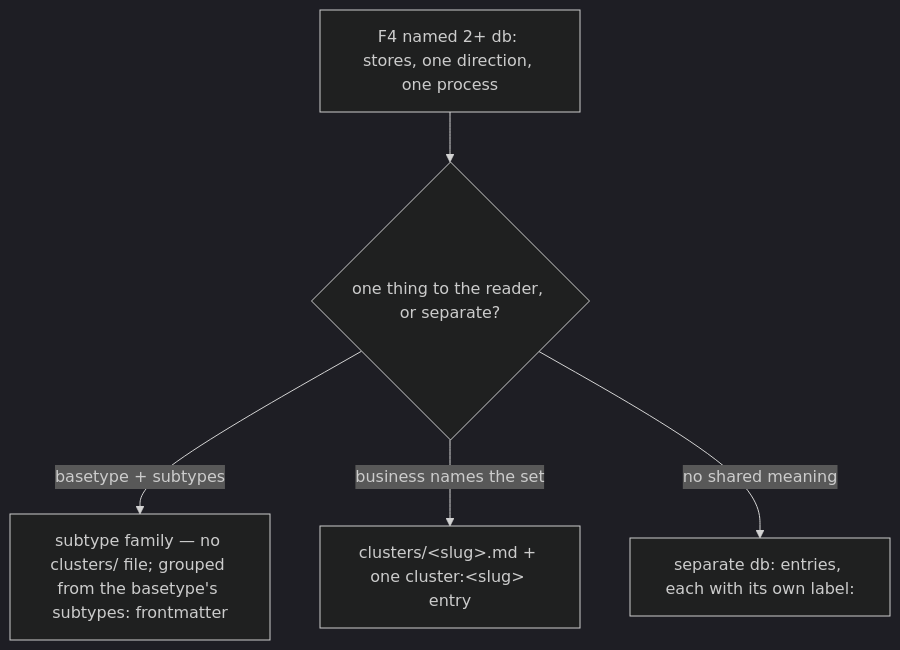
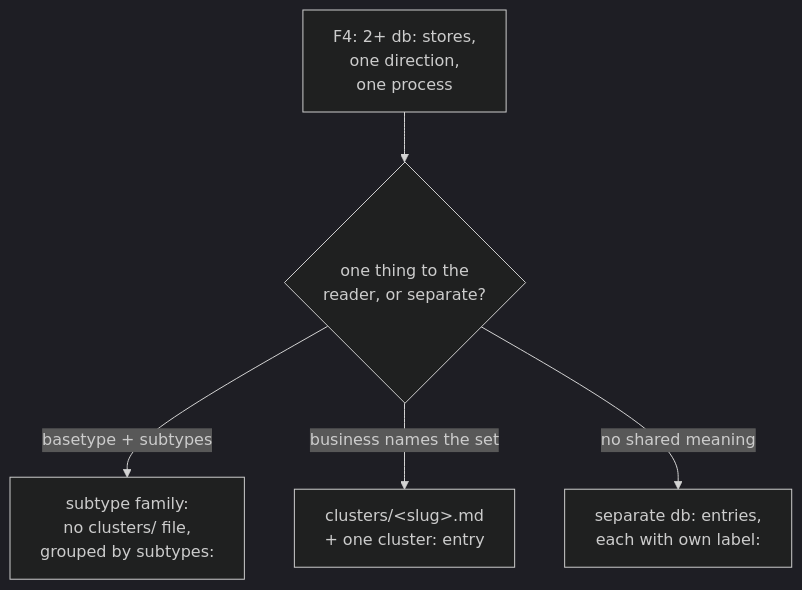
One commit to noormdev/ignatius changed the second of 4 diagrams in docs/wiki/skill.md. Above: the diagram before and after it, drawn with Mermaid (dark theme). The commit also changed other lines of this file and 86 other files, not shown here.

````diff
--- a/docs/wiki/skill.md
+++ b/docs/wiki/skill.md
@@ -47,7 +45,7 @@
 ```mermaid
 flowchart TD
-    A["F4 named 2+ db: stores, one direction, one process"] --> B{"one thing to the reader, or separate?"}
-    B -->|"basetype + subtypes"| C["subtype family — no clusters/ file; grouped from the basetype's subtypes: frontmatter"]
-    B -->|"business names the set"| D["clusters/&lt;slug&gt;.md + one cluster:&lt;slug&gt; entry"]
-    B -->|"no shared meaning"| E["separate db: entries, each with its own label:"]
+    A["F4: 2+ db: stores,<br/>one direction,<br/>one process"] --> B{"one thing to the<br/>reader, or separate?"}
+    B -->|"basetype + subtypes"| C["subtype family:<br/>no clusters/ file,<br/>grouped by subtypes:"]
+    B -->|"business names the set"| D["clusters/&lt;slug&gt;.md<br/>+ one cluster: entry"]
+    B -->|"no shared meaning"| E["separate db: entries,<br/>each with own label:"]
 ```
````
